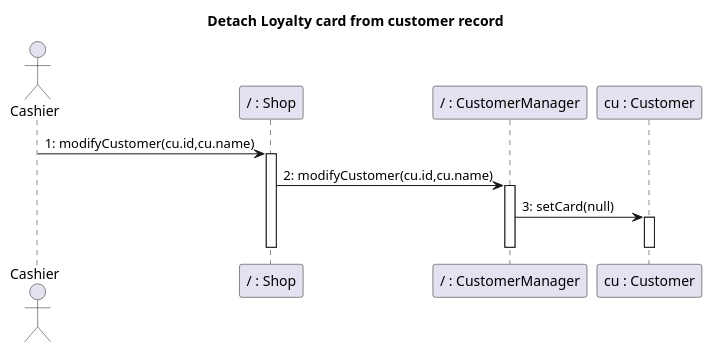
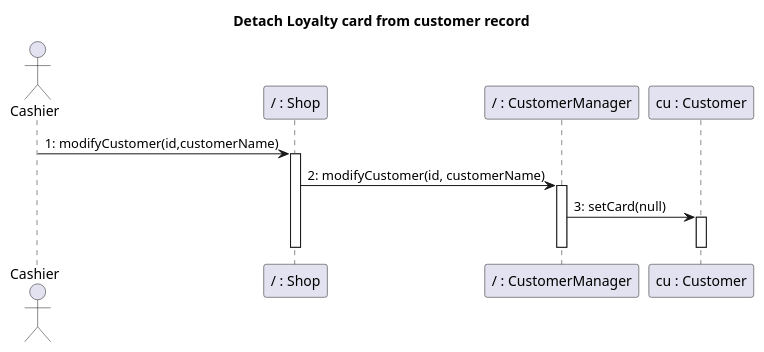
Diagram 14 of 32 in Deliverables/DesignDocument.md (nicolabattaglino/ezshop), drawn with PlantUML before and after one commit.

Commit message:
changes in scenario 4.3

````diff
--- a/Deliverables/DesignDocument.md
+++ b/Deliverables/DesignDocument.md
@@ -715,22 +715,22 @@
 ```plantuml
 @startuml
 
 title Detach Loyalty card from customer record
 actor Cashier
 participant "/ : Shop" as Shop
 participant "/ : CustomerManager" as CustomerManager
 participant "cu : Customer" as Customer
 
 
-Cashier -> Shop: 1: modifyCustomer(cu.id,cu.name)
+Cashier -> Shop: 1: modifyCustomer(id,customerName)
 activate Shop
-Shop -> CustomerManager: 2: modifyCustomer(cu.id,cu.name)
+Shop -> CustomerManager: 2: modifyCustomer(id, customerName)
 activate CustomerManager
 CustomerManager -> Customer: 3: setCard(null)
 activate Customer
 deactivate Customer
 deactivate CustomerManager
 deactivate Shop
 
 @enduml
 ```
````
